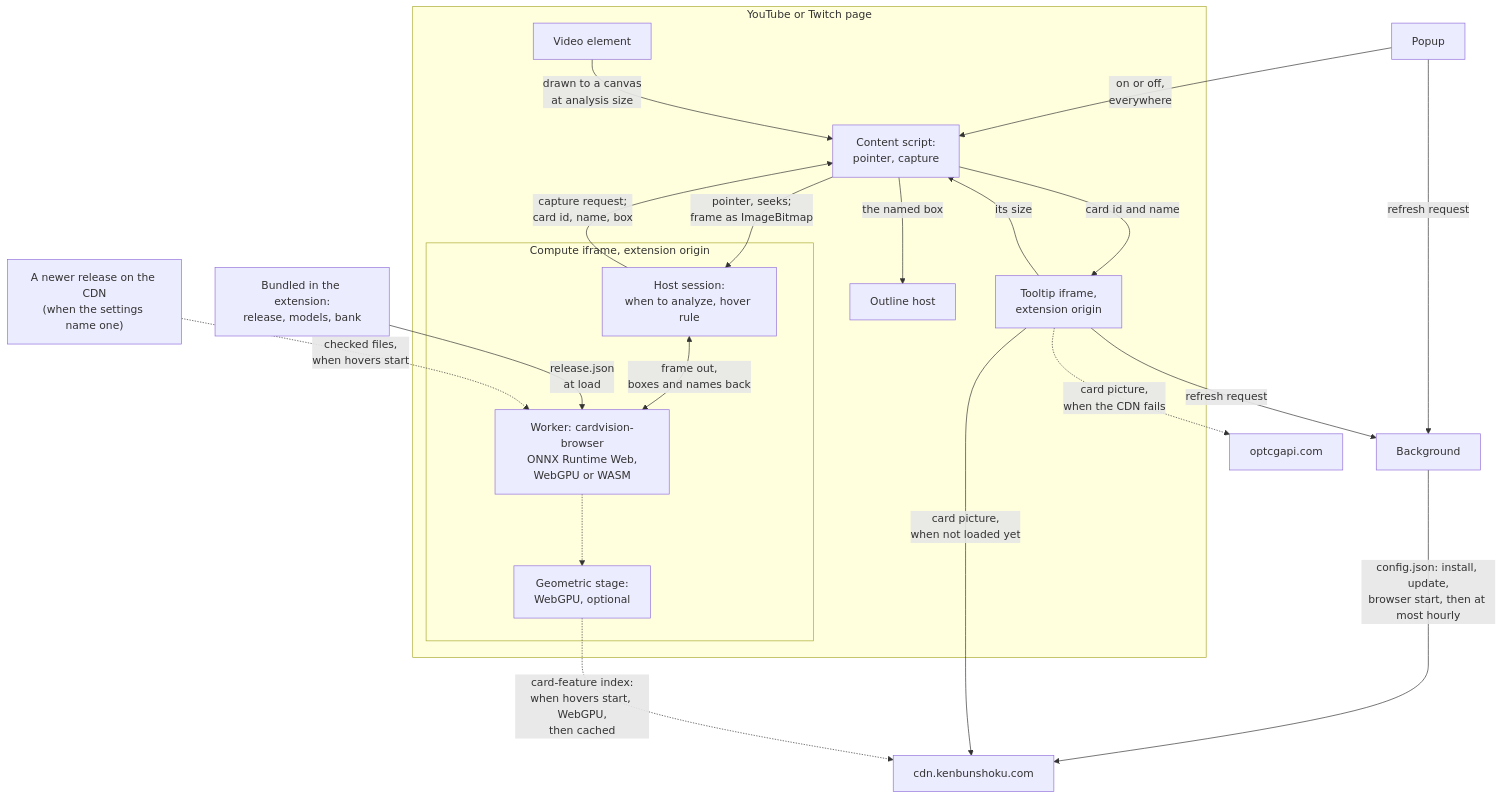
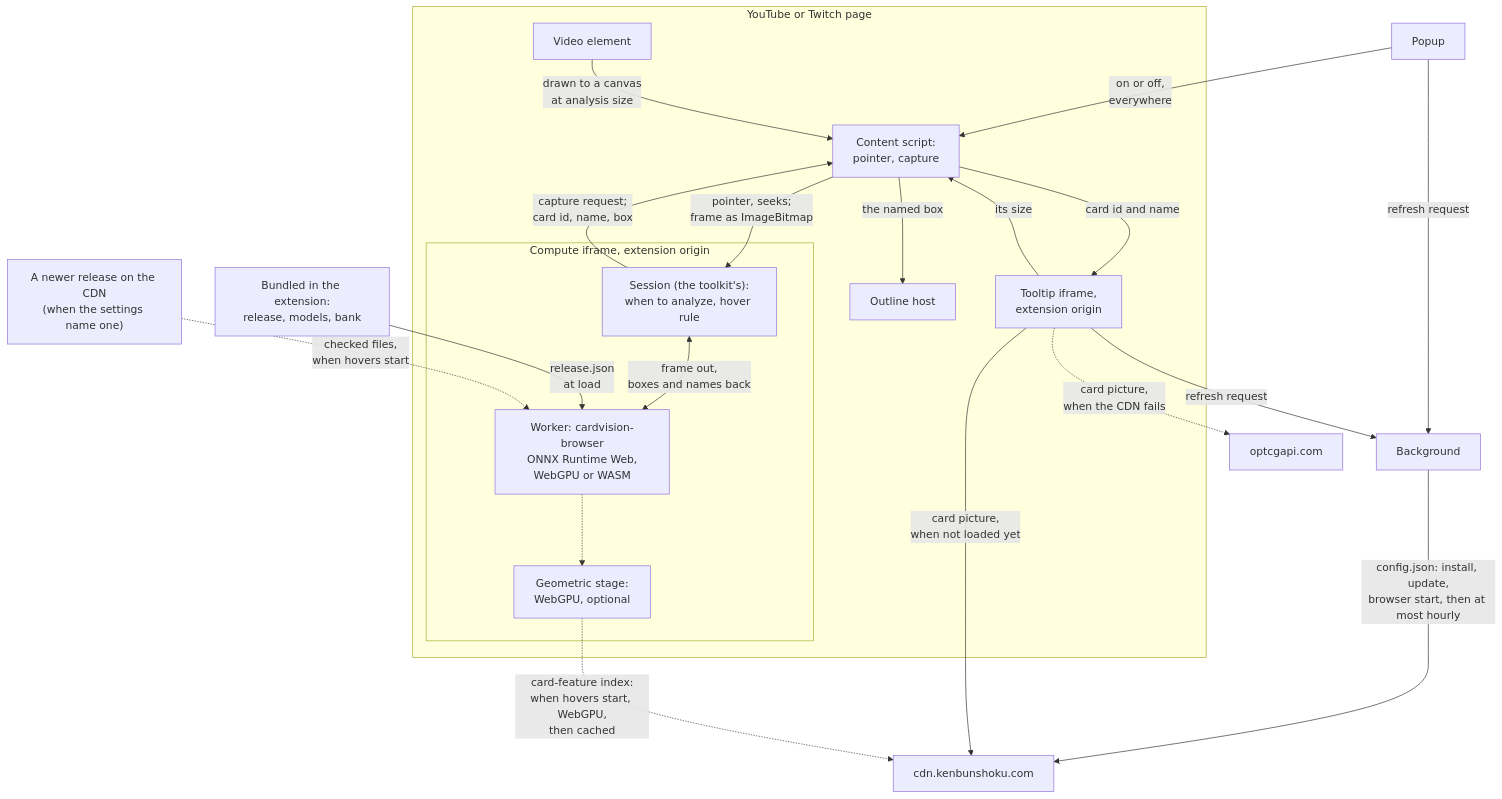
One commit to ryangswe/kenbunshoku changed the diagram in docs/how-it-works.md. Above: the diagram before and after it, drawn with Mermaid. The commit also changed other lines of this file and 105 other files, not shown here.

First line of the commit message:
Run the session on the cardvision toolkit (0.11.0), and version 0.5.0 (#25)

````diff
--- a/docs/how-it-works.md
+++ b/docs/how-it-works.md
@@ -36,38 +36,38 @@
 ```mermaid
 flowchart TD
     subgraph PAGE["YouTube or Twitch page"]
         VID["Video element"]
         CS["Content script:<br/>pointer, capture"]
         OUT["Outline host"]
         subgraph CF["Compute iframe, extension origin"]
-            HS["Host session:<br/>when to analyze, hover rule"]
+            HS["Session (the toolkit's):<br/>when to analyze, hover rule"]
             W["Worker: cardvision-browser<br/>ONNX Runtime Web,<br/>WebGPU or WASM"]
             GEO["Geometric stage:<br/>WebGPU, optional"]
         end
         TT["Tooltip iframe,<br/>extension origin"]
     end
     PKG["Bundled in the extension:<br/>release, models, bank"]
     REL["A newer release on the CDN<br/>(when the settings name one)"]
     POP["Popup"]
     BG["Background"]
     CDN["cdn.kenbunshoku.com"]
     OPT["optcgapi.com"]
 
     POP -- "on or off,<br/>everywhere" --> CS
     VID -- "drawn to a canvas<br/>at analysis size" --> CS
     CS -- "pointer, seeks;<br/>frame as ImageBitmap" --> HS
     HS -- "capture request;<br/>card id, name, box" --> CS
     HS <-- "frame out,<br/>boxes and names back" --> W
     PKG -- "release.json<br/>at load" --> W
     REL -. "checked files,<br/>when hovers start" .-> W
     W -.-> GEO
     CS -- "card id and name" --> TT
     TT -- "its size" --> CS
     CS -- "the named box" --> OUT
     TT -- "refresh request" --> BG
     POP -- "refresh request" --> BG
     BG -- "config.json: install, update,<br/>browser start, then at most hourly" --> CDN
     TT -- "card picture,<br/>when not loaded yet" --> CDN
     TT -. "card picture,<br/>when the CDN fails" .-> OPT
     GEO -. "card-feature index:<br/>when hovers start, WebGPU,<br/>then cached" .-> CDN
 ```
````
